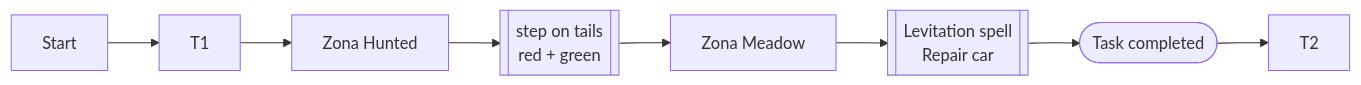
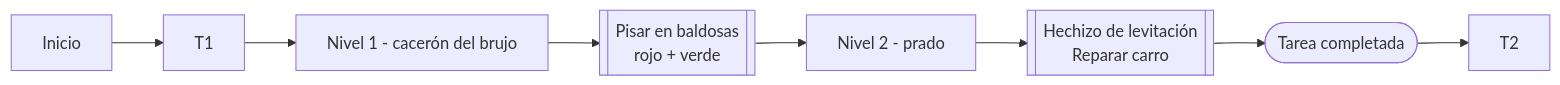
One commit to DEV25-G03/DEV25-G03-P2 changed the second of 4 diagrams in README.md. Above: the diagram before and after it, drawn with Mermaid. The commit also changed other lines of this file, not shown here.

First line of the commit message:
Update diagrams README.md

````diff
--- a/README.md
+++ b/README.md
@@ -147,10 +146,10 @@
 ```mermaid
 flowchart LR
-    Start --> T1
-    T1 --> ZH1[Zona Hunted]
-    ZH1 --> ST1[[step on tails<br>red + green]]
-    ST1 --> ZM1[Zona Meadow]
-    ZM1 --> LS[[Levitation spell<br>Repair car]]
-    LS --> TC1([Task completed])
+    Inicio --> T1
+    T1 --> ZH1[Nivel 1 - cacerón del brujo]
+    ZH1 --> ST1[[Pisar en baldosas<br>rojo + verde]]
+    ST1 --> ZM1[Nivel 2 - prado]
+    ZM1 --> LS[[Hechizo de levitación<br>Reparar carro]]
+    LS --> TC1([Tarea completada])
     TC1 --> T2
 ```
````
